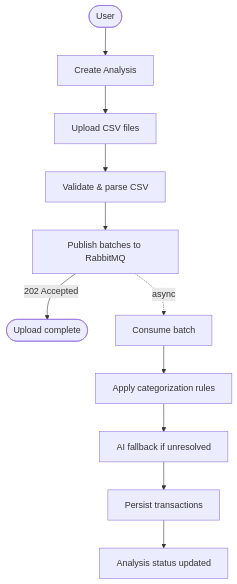
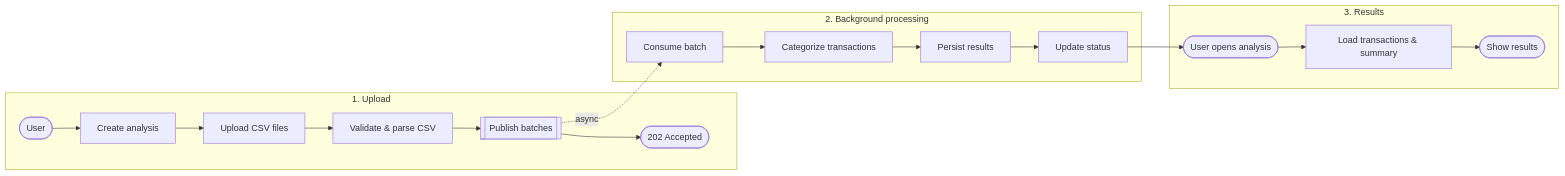
Before and after one commit to cauecalil/peculytics: the second of 3 diagrams in README.md, drawn with Mermaid. The commit also changed other lines of this file, not shown here.

Commit message:
docs(readme): consolidate flow sections and update diagrams for processing flow improvements

````diff
--- a/README.md
+++ b/README.md
@@ -183,14 +167,23 @@
 ```mermaid
-flowchart TD
-    A([User]) --> B[Create Analysis]
-    B --> C[Upload CSV files]
-    C --> D[Validate & parse CSV]
-    D --> E[Publish batches to RabbitMQ]
-    E -->|202 Accepted| RET([Upload complete])
- 
-    E -. async .-> F[Consume batch]
-    F --> G[Apply categorization rules]
-    G --> H[AI fallback if unresolved]
-    H --> I[Persist transactions]
-    I --> J[Analysis status updated]
+flowchart LR
+    subgraph Upload["1. Upload"]
+        A([User]) --> B[Create analysis]
+        B --> C[Upload CSV files]
+        C --> D[Validate & parse CSV]
+        D --> E[[Publish batches]]
+        E --> F([202 Accepted])
+    end
+
+    subgraph Background["2. Background processing"]
+        E -. async .-> G[Consume batch]
+        G --> H[Categorize transactions]
+        H --> I[Persist results]
+        I --> J[Update status]
+    end
+
+    subgraph Results["3. Results"]
+        J --> K([User opens analysis])
+        K --> L[Load transactions & summary]
+        L --> M([Show results])
+    end
 ```
````
